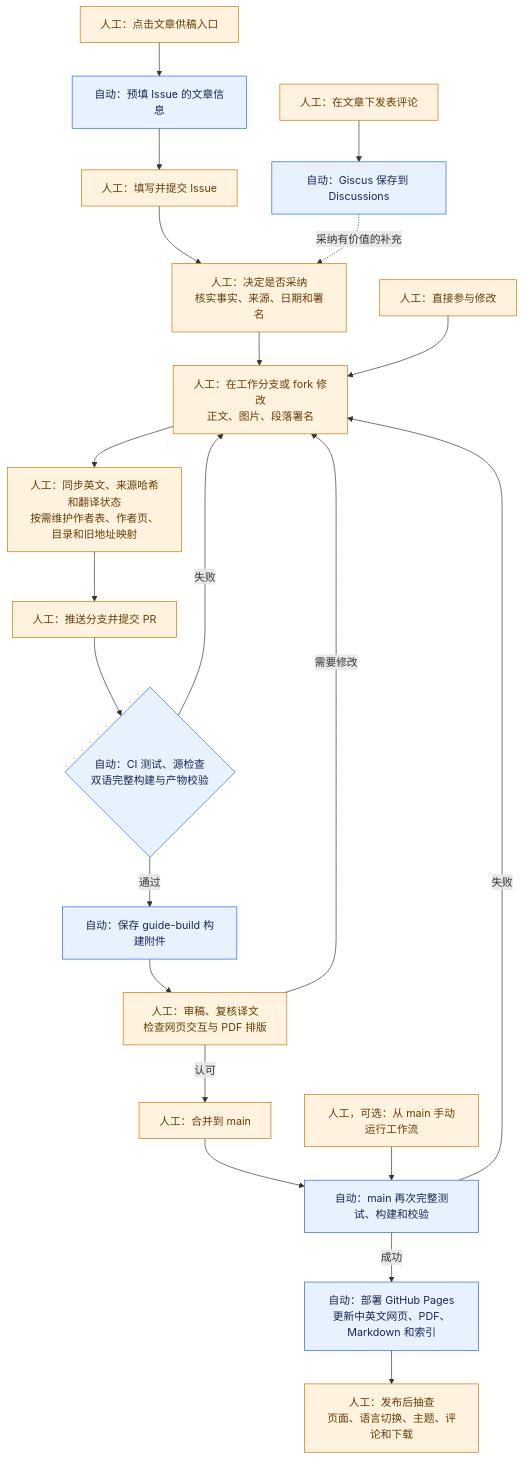
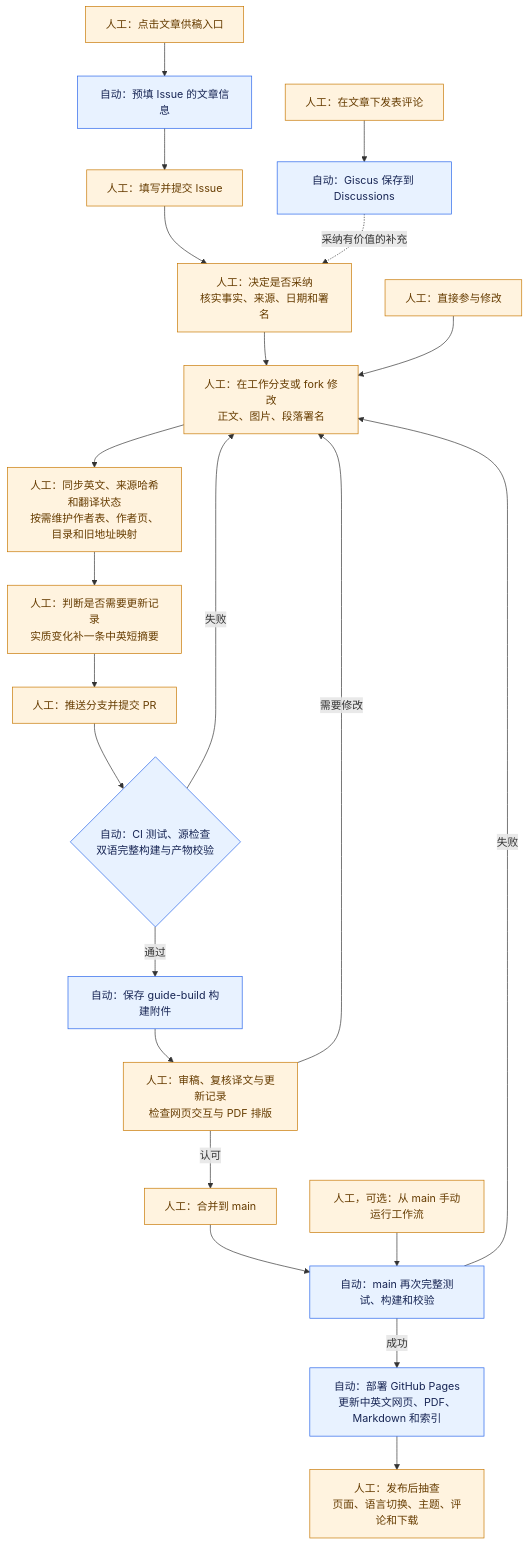
One commit to xp-pgrs-unofficial-guide/xp_pgrs_unofficial_guide changed the first of 2 diagrams in docs/maintenance-workflow.md. Above: the diagram before and after it, drawn with Mermaid. The commit also changed other lines of this file and 17 other files, not shown here.

````diff
--- a/docs/maintenance-workflow.md
+++ b/docs/maintenance-workflow.md
@@ -9,32 +9,33 @@
 ```mermaid
 flowchart TD
     ENTRY["人工：点击文章供稿入口"] --> PREFILL["自动：预填 Issue 的文章信息"]
     PREFILL --> ISSUE["人工：填写并提交 Issue"]
     COMMENT["人工：在文章下发表评论"] --> DISC["自动：Giscus 保存到 Discussions"]
 
     ISSUE --> TRIAGE["人工：决定是否采纳<br/>核实事实、来源、日期和署名"]
     DISC -.->|"采纳有价值的补充"| TRIAGE
 
     TRIAGE --> EDIT["人工：在工作分支或 fork 修改<br/>正文、图片、段落署名"]
     DIRECT["人工：直接参与修改"] --> EDIT
     EDIT --> SYNC["人工：同步英文、来源哈希和翻译状态<br/>按需维护作者表、作者页、目录和旧地址映射"]
-    SYNC --> PR["人工：推送分支并提交 PR"]
+    SYNC --> UPDATE["人工：判断是否需要更新记录<br/>实质变化补一条中英短摘要"]
+    UPDATE --> PR["人工：推送分支并提交 PR"]
 
     PR --> CI{"自动：CI 测试、源检查<br/>双语完整构建与产物校验"}
     CI -->|"失败"| EDIT
     CI -->|"通过"| ART["自动：保存 guide-build 构建附件"]
-    ART --> REVIEW["人工：审稿、复核译文<br/>检查网页交互与 PDF 排版"]
+    ART --> REVIEW["人工：审稿、复核译文与更新记录<br/>检查网页交互与 PDF 排版"]
     REVIEW -->|"需要修改"| EDIT
     REVIEW -->|"认可"| MERGE["人工：合并到 main"]
 
     MERGE --> BUILD["自动：main 再次完整测试、构建和校验"]
     MANUAL["人工，可选：从 main 手动运行工作流"] --> BUILD
     BUILD -->|"失败"| EDIT
     BUILD -->|"成功"| DEPLOY["自动：部署 GitHub Pages<br/>更新中英文网页、PDF、Markdown 和索引"]
     DEPLOY --> CHECK["人工：发布后抽查<br/>页面、语言切换、主题、评论和下载"]
 
     classDef auto fill:#e8f2ff,stroke:#2563eb,color:#172554;
     classDef human fill:#fff3df,stroke:#c77700,color:#663c00;
     class PREFILL,DISC,CI,ART,BUILD,DEPLOY auto;
-    class ENTRY,ISSUE,COMMENT,TRIAGE,EDIT,DIRECT,SYNC,PR,REVIEW,MERGE,MANUAL,CHECK human;
+    class ENTRY,ISSUE,COMMENT,TRIAGE,EDIT,DIRECT,SYNC,UPDATE,PR,REVIEW,MERGE,MANUAL,CHECK human;
 ```
````
